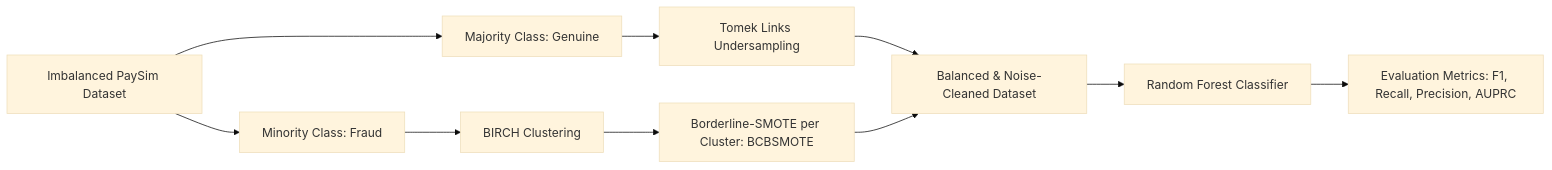
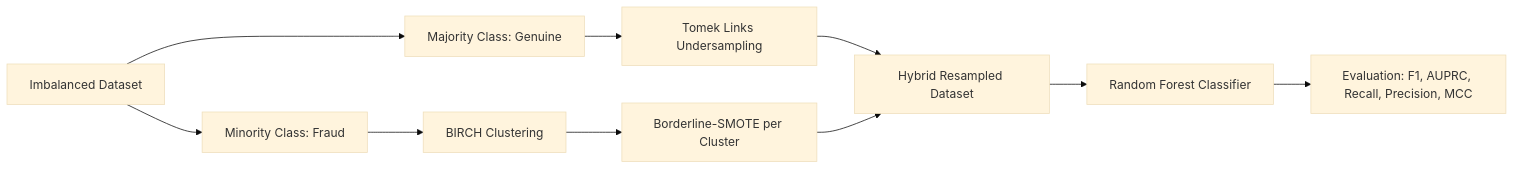
One commit to isuruamarasingheu/credit-card-fraud-detection-hybrid-resampling changed the diagram in README.md. Above: the diagram before and after it, drawn with Mermaid (base theme). The commit also changed other lines of this file and 3 other files, not shown here.

````diff
--- a/README.md
+++ b/README.md
@@ -23,12 +23,12 @@
 ```mermaid
 graph LR
-    A[Imbalanced PaySim Dataset] --> B[Majority Class: Genuine]
+    A[Imbalanced Dataset] --> B[Majority Class: Genuine]
     A --> C[Minority Class: Fraud]
     B --> D[Tomek Links Undersampling]
     C --> E[BIRCH Clustering]
-    E --> F[Borderline-SMOTE per Cluster: BCBSMOTE]
-    D --> G[Balanced & Noise-Cleaned Dataset]
+    E --> F[Borderline-SMOTE per Cluster]
+    D --> G[Hybrid Resampled Dataset]
     F --> G
     G --> H[Random Forest Classifier]
-    H --> I[Evaluation Metrics: F1, Recall, Precision, AUPRC]
+    H --> I[Evaluation: F1, AUPRC, Recall, Precision, MCC]
 ```
````
